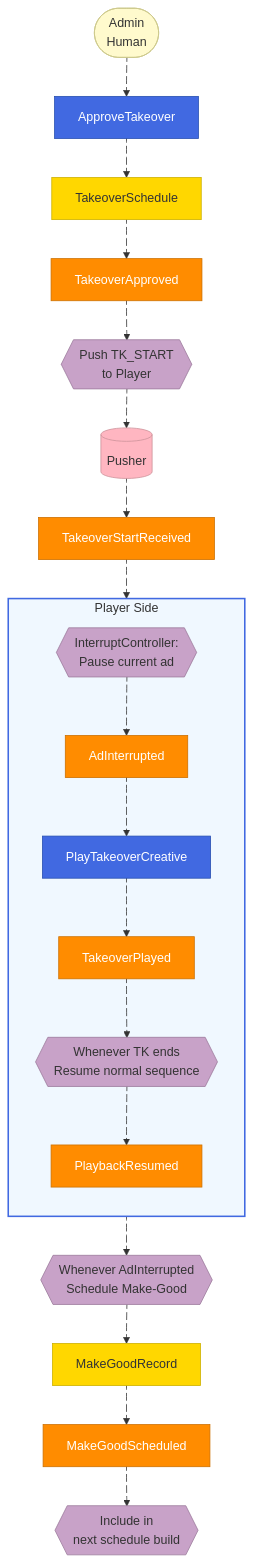
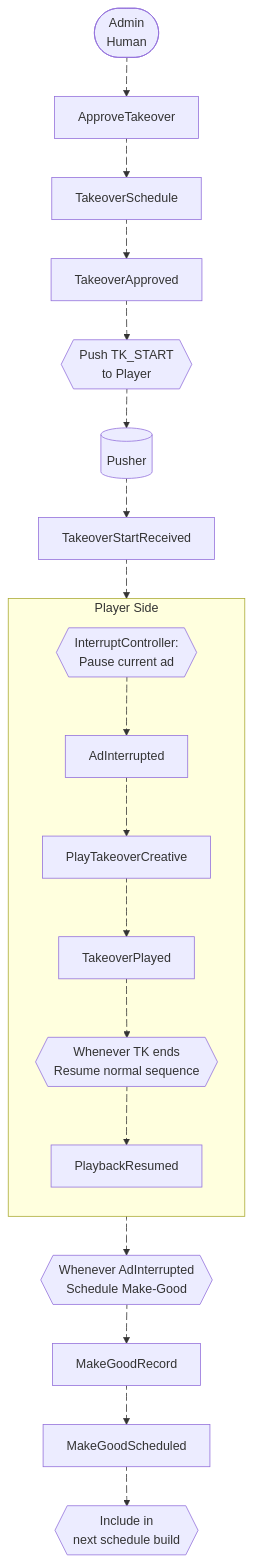
One commit to wasikarn/jira-generator changed the diagram in scripts/diagrams/10-3-process-takeover.mmd. Above: the diagram before and after it, drawn with Mermaid. The commit also changed 8 other files, not shown here.

First line of the commit message:
refactor: remove custom color styling from all Event Storming diagrams

```diff
--- a/scripts/diagrams/10-3-process-takeover.mmd
+++ b/scripts/diagrams/10-3-process-takeover.mmd
@@ -1,89 +1,59 @@
 flowchart TD
     A_ADMIN(["Admin<br/>Human"])
     C_APPROVE["ApproveTakeover"]
     AGG_TK["TakeoverSchedule"]
     E_APPROVED["TakeoverApproved"]
     POL_NOTIFY{{"Push TK_START<br/>to Player"}}
     EXT_PUSHER[("Pusher")]
     E_TK_START["TakeoverStartReceived"]
 
     subgraph PLAYER["Player Side"]
         direction TB
         POL_IC{{"InterruptController:<br/>Pause current ad"}}
         E_INTERRUPTED["AdInterrupted"]
         C_PLAY_TK["PlayTakeoverCreative"]
         E_TK_PLAYED["TakeoverPlayed"]
         POL_RESUME{{"Whenever TK ends<br/>Resume normal sequence"}}
         E_RESUMED["PlaybackResumed"]
     end
 
     POL_MG{{"Whenever AdInterrupted<br/>Schedule Make-Good"}}
     AGG_MG["MakeGoodRecord"]
     E_MG["MakeGoodScheduled"]
     POL_NEXT{{"Include in<br/>next schedule build"}}
 
     A_ADMIN e3@--> C_APPROVE
     C_APPROVE e4@--> AGG_TK
     AGG_TK e5@--> E_APPROVED
     E_APPROVED e6@--> POL_NOTIFY
     POL_NOTIFY e7@--> EXT_PUSHER
     EXT_PUSHER e1@--> E_TK_START
     E_TK_START e8@--> POL_IC
     POL_IC e9@--> E_INTERRUPTED
     E_INTERRUPTED e10@--> C_PLAY_TK
     C_PLAY_TK e11@--> E_TK_PLAYED
     E_TK_PLAYED e12@--> POL_RESUME
     POL_RESUME e13@--> E_RESUMED
 
     E_INTERRUPTED e2@--> POL_MG
     POL_MG e14@--> AGG_MG
     AGG_MG e15@--> E_MG
     E_MG e16@--> POL_NEXT
     e1@{ animation: slow }
     e2@{ animation: fast }
     e3@{ animation: fast }
     e4@{ animation: fast }
     e5@{ animation: fast }
     e6@{ animation: fast }
     e7@{ animation: slow }
     e8@{ animation: fast }
     e9@{ animation: fast }
     e10@{ animation: fast }
     e11@{ animation: fast }
     e12@{ animation: fast }
     e13@{ animation: fast }
     e14@{ animation: fast }
     e15@{ animation: fast }
     e16@{ animation: fast }
 
-    %% Events - Orange
-    style E_APPROVED fill:#FF8C00,stroke:#CC7000,color:#fff
-    style E_TK_START fill:#FF8C00,stroke:#CC7000,color:#fff
-    style E_INTERRUPTED fill:#FF8C00,stroke:#CC7000,color:#fff
-    style E_TK_PLAYED fill:#FF8C00,stroke:#CC7000,color:#fff
-    style E_RESUMED fill:#FF8C00,stroke:#CC7000,color:#fff
-    style E_MG fill:#FF8C00,stroke:#CC7000,color:#fff
-
-    %% Commands - Blue
-    style C_APPROVE fill:#4169E1,stroke:#2850B0,color:#fff
-    style C_PLAY_TK fill:#4169E1,stroke:#2850B0,color:#fff
-
-    %% Aggregates - Yellow
-    style AGG_TK fill:#FFD700,stroke:#CCB000,color:#333
-    style AGG_MG fill:#FFD700,stroke:#CCB000,color:#333
-
-    %% Policies - Lilac
-    style POL_NOTIFY fill:#C8A2C8,stroke:#9B7A9B,color:#333
-    style POL_IC fill:#C8A2C8,stroke:#9B7A9B,color:#333
-    style POL_RESUME fill:#C8A2C8,stroke:#9B7A9B,color:#333
-    style POL_MG fill:#C8A2C8,stroke:#9B7A9B,color:#333
-    style POL_NEXT fill:#C8A2C8,stroke:#9B7A9B,color:#333
-
-    %% Actor - Light Yellow
-    style A_ADMIN fill:#FFFACD,stroke:#CCC88A,color:#333
-
-    %% External - Pink
-    style EXT_PUSHER fill:#FFB6C1,stroke:#CC929A,color:#333
-
     %% Player subgraph
-    style PLAYER fill:#f0f8ff,stroke:#4169E1,stroke-width:2px
```
